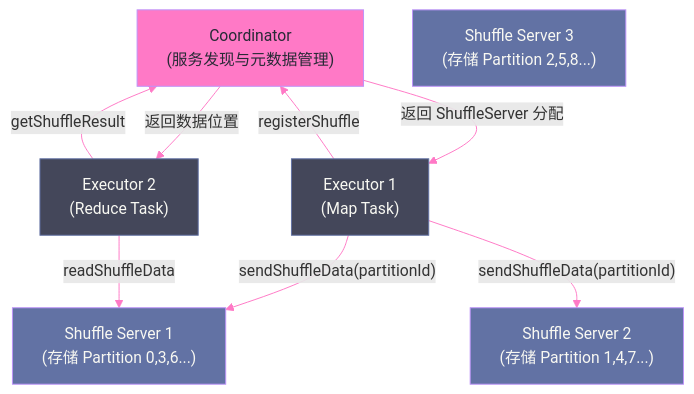
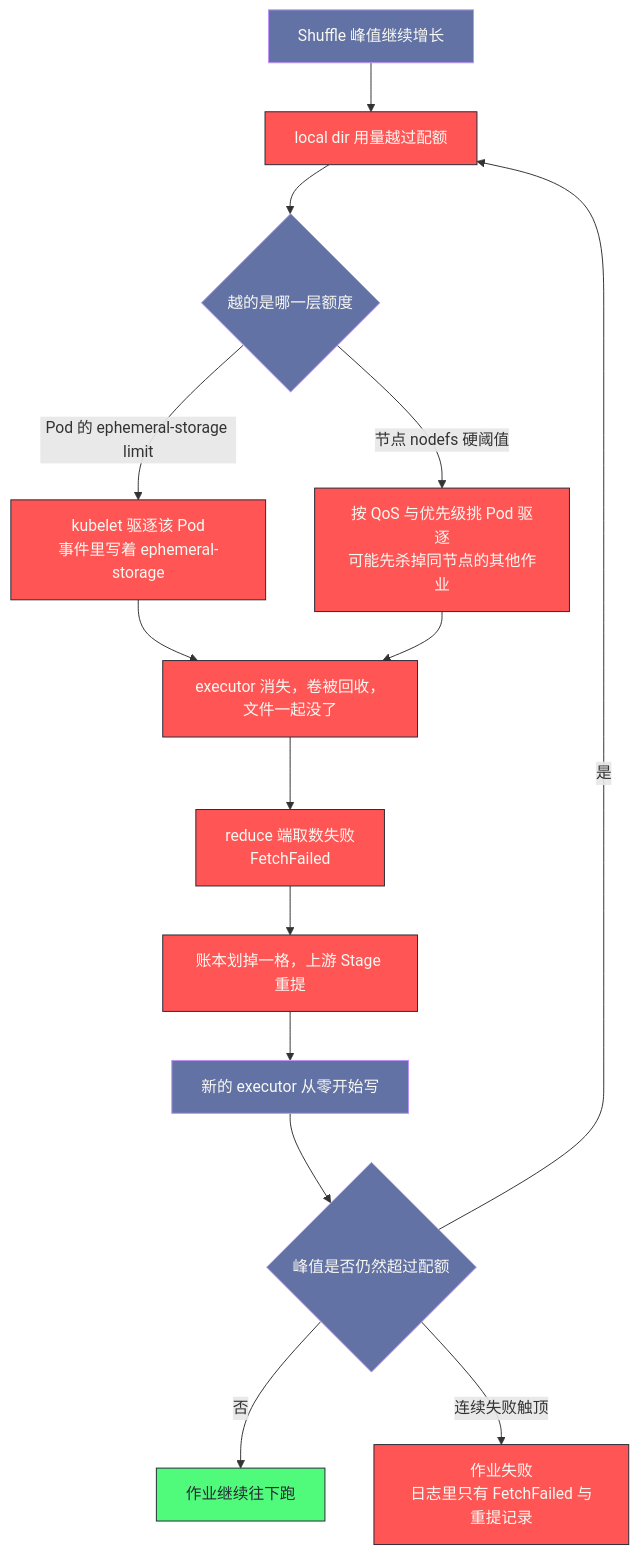
The fifth of 6 diagrams in content/大数据/Spark/Spark-on-Kubernetes工程实践/06 存储与 Shuffle：PVC、HostPath 与 Remote Shuffle Service.md (hpliStartAgain/my-brain), drawn with Mermaid before and after one commit. The commit also changed other lines of this file and 259 other files, not shown here.

````diff
--- a/content/大数据/Spark/Spark-on-Kubernetes工程实践/06 存储与 Shuffle：PVC、HostPath 与 Remote Shuffle Service.md
+++ b/content/大数据/Spark/Spark-on-Kubernetes工程实践/06 存储与 Shuffle：PVC、HostPath 与 Remote Shuffle Service.md
@@ -164,25 +522,23 @@
 ```mermaid
-%%{init: {"theme": "dracula", "themeVariables": {"primaryColor": "#6272a4", "primaryTextColor": "#f8f8f2", "primaryBorderColor": "#bd93f9", "lineColor": "#ff79c6"}}}%%
-graph TD
-    C["Coordinator</br>(服务发现与元数据管理)"]
-    S1["Shuffle Server 1</br>(存储 Partition 0,3,6...)"]
-    S2["Shuffle Server 2</br>(存储 Partition 1,4,7...)"]
-    S3["Shuffle Server 3</br>(存储 Partition 2,5,8...)"]
-    E1["Executor 1</br>(Map Task)"]
-    E2["Executor 2</br>(Reduce Task)"]
-
-    E1 -->|"registerShuffle"| C
-    C -->|"返回 ShuffleServer 分配"| E1
-    E1 -->|"sendShuffleData(partitionId)"| S1
-    E1 -->|"sendShuffleData(partitionId)"| S2
-    E2 -->|"getShuffleResult"| C
-    C -->|"返回数据位置"| E2
-    E2 -->|"readShuffleData"| S1
-
-    classDef coord fill:#ff79c6,stroke:#bd93f9,color:#282a36
-    classDef server fill:#6272a4,stroke:#bd93f9,color:#f8f8f2
-    classDef executor fill:#44475a,stroke:#6272a4,color:#f8f8f2
-    class C coord
-    class S1,S2,S3 server
-    class E1,E2 executor
+%%{init: {'theme': 'dracula'}}%%
+flowchart TD
+    A["Shuffle 峰值继续增长"] --> B["local dir 用量越过配额"]
+    B --> C{"越的是哪一层额度"}
+    C -->|"Pod 的 ephemeral-storage limit"| D["kubelet 驱逐该 Pod<br/>事件里写着 ephemeral-storage"]
+    C -->|"节点 nodefs 硬阈值"| E["按 QoS 与优先级挑 Pod 驱逐<br/>可能先杀掉同节点的其他作业"]
+    D --> F["executor 消失，卷被回收，文件一起没了"]
+    E --> F
+    F --> G["reduce 端取数失败<br/>FetchFailed"]
+    G --> H["账本划掉一格，上游 Stage 重提"]
+    H --> I["新的 executor 从零开始写"]
+    I --> J{"峰值是否仍然超过配额"}
+    J -->|"是"| B
+    J -->|"否"| K["作业继续往下跑"]
+    J -->|"连续失败触顶"| L["作业失败<br/>日志里只有 FetchFailed 与重提记录"]
+    classDef bad fill:#ff5555,stroke:#282a36,color:#f8f8f2
+    classDef mid fill:#6272a4,stroke:#bd93f9,color:#f8f8f2
+    classDef good fill:#50fa7b,stroke:#282a36,color:#282a36
+    class B,D,E,F,G,H,L bad
+    class A,C,I,J mid
+    class K good
 ```
````
